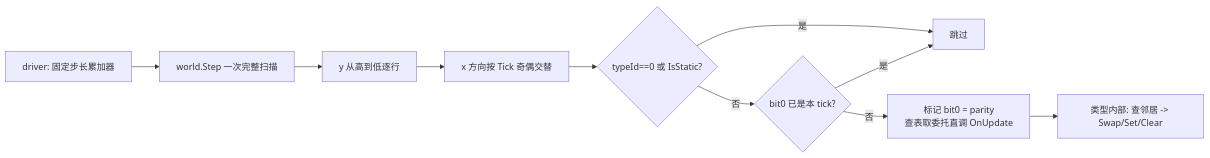
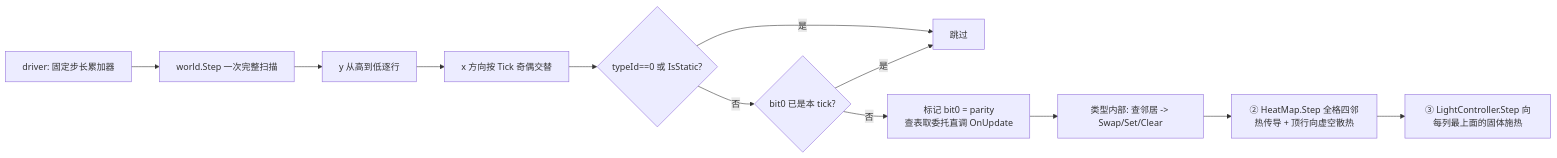
Before and after one commit to liziluyu/ThreeDaysofGenesis: the diagram in docs/ParticleTypeInterface.md, drawn with Mermaid. The commit also changed other lines of this file and 20 other files, not shown here.

````diff
--- a/docs/ParticleTypeInterface.md
+++ b/docs/ParticleTypeInterface.md
@@ -399,12 +579,14 @@
 ```mermaid
 flowchart LR
     A[driver: 固定步长累加器] --> B[world.Step 一次完整扫描]
     B --> B1[y 从高到低逐行]
     B1 --> B2[x 方向按 Tick 奇偶交替]
     B2 --> B3{typeId==0 或 IsStatic?}
     B3 -- 是 --> B4[跳过]
     B3 -- 否 --> B5{bit0 已是本 tick?}
     B5 -- 是 --> B4
     B5 -- 否 --> B6[标记 bit0 = parity<br/>查表取委托直调 OnUpdate]
     B6 --> B7[类型内部: 查邻居 -> Swap/Set/Clear]
+    B7 --> C[② HeatMap.Step 全格四邻热传导 + 顶行向虚空散热]
+    C --> D[③ LightController.Step 向每列最上面的固体施热]
 ```
````
